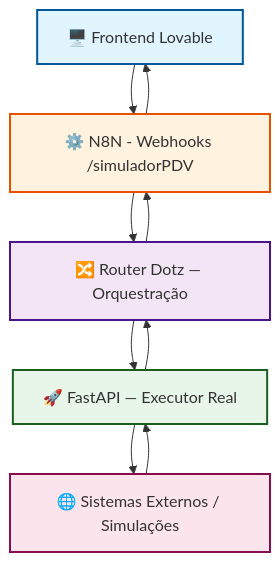
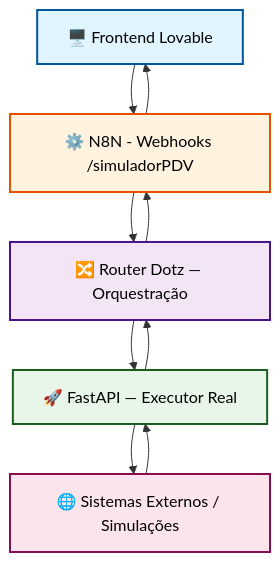
Before and after one commit to paulogordao/fluxo-pdv: the first of 2 diagrams in docs/BACKEND_ARCHITECTURE.md, drawn with Mermaid.

````diff
--- a/docs/BACKEND_ARCHITECTURE.md
+++ b/docs/BACKEND_ARCHITECTURE.md
@@ -59,17 +59,17 @@
 ```mermaid
 flowchart TD
     A[🖥️ Frontend Lovable] --> B[⚙️ N8N - Webhooks /simuladorPDV]
     B --> C[🔀 Router Dotz — Orquestração]
     C --> D[🚀 FastAPI — Executor Real]
     D --> E[🌐 Sistemas Externos / Simulações]
     E --> D
     D --> C
     C --> B
     B --> A
     
-    style A fill:#e1f5ff,stroke:#01579b,stroke-width:2px
-    style B fill:#fff3e0,stroke:#e65100,stroke-width:2px
-    style C fill:#f3e5f5,stroke:#4a148c,stroke-width:2px
-    style D fill:#e8f5e9,stroke:#1b5e20,stroke-width:2px
-    style E fill:#fce4ec,stroke:#880e4f,stroke-width:2px
+    style A fill:#e1f5ff,stroke:#01579b,stroke-width:2px,color:#000
+    style B fill:#fff3e0,stroke:#e65100,stroke-width:2px,color:#000
+    style C fill:#f3e5f5,stroke:#4a148c,stroke-width:2px,color:#000
+    style D fill:#e8f5e9,stroke:#1b5e20,stroke-width:2px,color:#000
+    style E fill:#fce4ec,stroke:#880e4f,stroke-width:2px,color:#000
 ```
````
